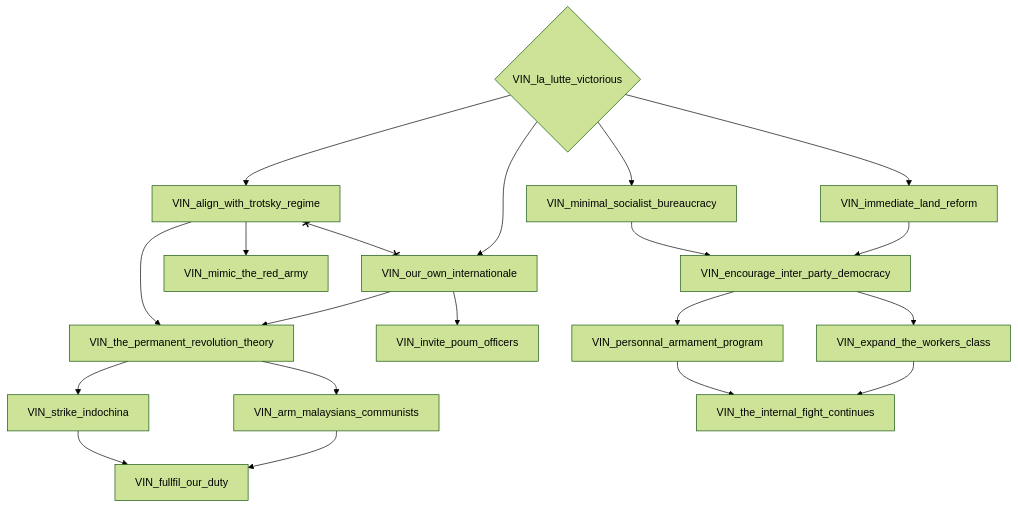
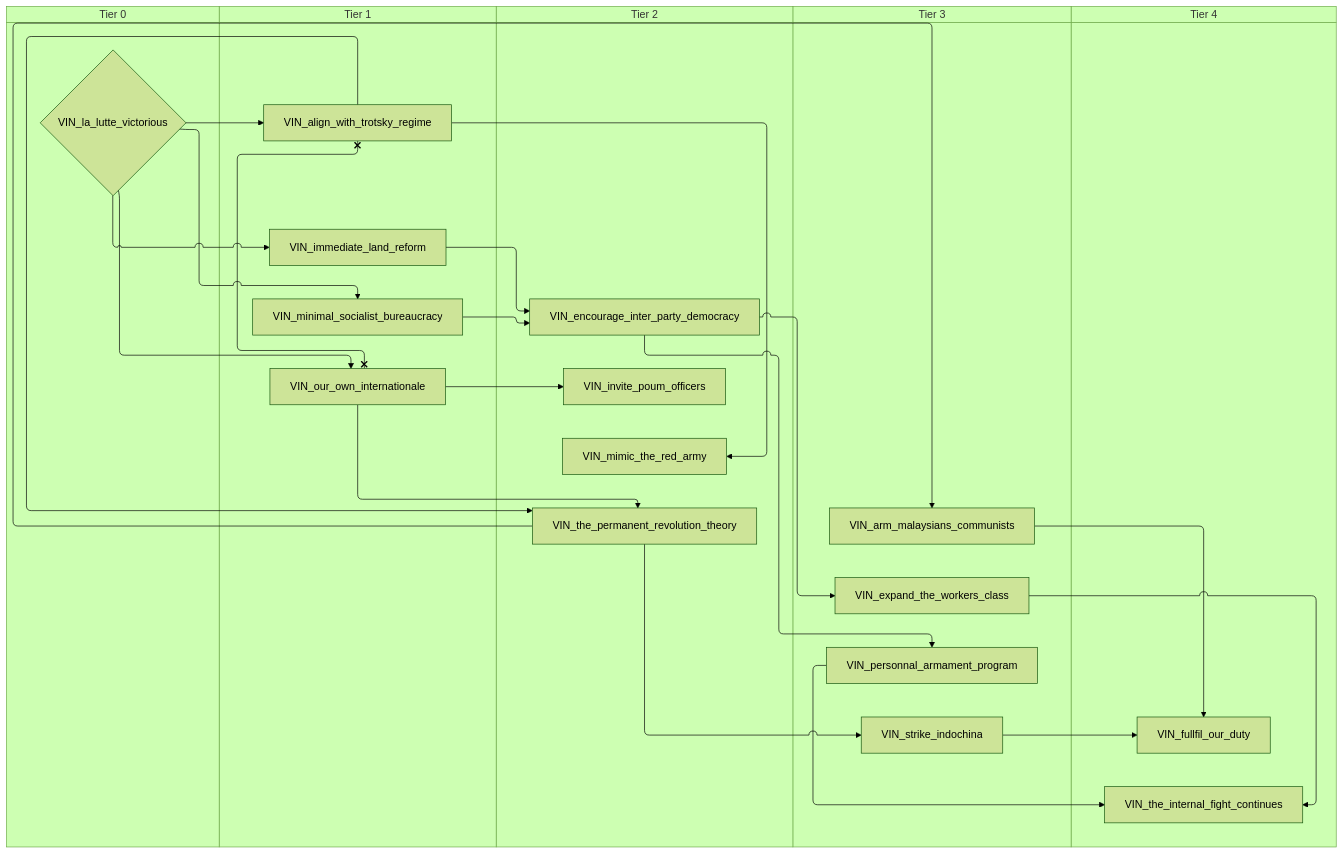
One commit to evgeny-sobol/hoi4-sandbox-mode-r56 changed the sixth of 8 diagrams in docs/gdd/National Focuses/Vietnam.md. Above: the diagram before and after it, drawn with Mermaid (forest theme). The commit also changed other lines of this file and 423 other files, not shown here.

First line of the commit message:
Re-export Rt56 focus trees as swimlane diagrams

````diff
--- a/docs/gdd/National Focuses/Vietnam.md
+++ b/docs/gdd/National Focuses/Vietnam.md
@@ -179,37 +233,47 @@
 ```mermaid
-flowchart TD
-    n64["VIN_align_with_trotsky_regime"]
-    n65["VIN_arm_malaysians_communists"]
-    n66["VIN_encourage_inter_party_democracy"]
-    n67["VIN_expand_the_workers_class"]
-    n68["VIN_fullfil_our_duty"]
-    n69["VIN_immediate_land_reform"]
-    n70["VIN_invite_poum_officers"]
-    n71{"VIN_la_lutte_victorious"}
-    n72["VIN_mimic_the_red_army"]
-    n73["VIN_minimal_socialist_bureaucracy"]
-    n74["VIN_our_own_internationale"]
-    n75["VIN_personnal_armament_program"]
-    n76["VIN_strike_indochina"]
-    n77["VIN_the_internal_fight_continues"]
-    n78["VIN_the_permanent_revolution_theory"]
-    n71 --> n64
-    n78 --> n65
-    n69 --> n66
-    n73 --> n66
-    n66 --> n67
-    n65 --> n68
-    n76 --> n68
-    n71 --> n69
-    n74 --> n70
-    n64 --> n72
-    n71 --> n73
-    n71 --> n74
-    n66 --> n75
-    n78 --> n76
-    n67 --> n77
-    n75 --> n77
+swimlane-beta TD
+    subgraph tier_0["Tier 0"]
+        n64{"VIN_la_lutte_victorious"}
+    end
+    subgraph tier_1["Tier 1"]
+        n65["VIN_align_with_trotsky_regime"]
+        n66["VIN_immediate_land_reform"]
+        n67["VIN_minimal_socialist_bureaucracy"]
+        n68["VIN_our_own_internationale"]
+    end
+    subgraph tier_2["Tier 2"]
+        n69["VIN_encourage_inter_party_democracy"]
+        n70["VIN_invite_poum_officers"]
+        n71["VIN_mimic_the_red_army"]
+        n72["VIN_the_permanent_revolution_theory"]
+    end
+    subgraph tier_3["Tier 3"]
+        n73["VIN_arm_malaysians_communists"]
+        n74["VIN_expand_the_workers_class"]
+        n75["VIN_personnal_armament_program"]
+        n76["VIN_strike_indochina"]
+    end
+    subgraph tier_4["Tier 4"]
+        n77["VIN_fullfil_our_duty"]
+        n78["VIN_the_internal_fight_continues"]
+    end
+    n64 --> n65
+    n72 --> n73
+    n66 --> n69
+    n67 --> n69
+    n69 --> n74
+    n73 --> n77
+    n76 --> n77
+    n64 --> n66
+    n68 --> n70
+    n65 --> n71
+    n64 --> n67
+    n64 --> n68
+    n69 --> n75
+    n72 --> n76
     n74 --> n78
-    n64 --> n78
-    n64 x--x n74
+    n75 --> n78
+    n68 --> n72
+    n65 --> n72
+    n65 x--x n68
 ```
````
